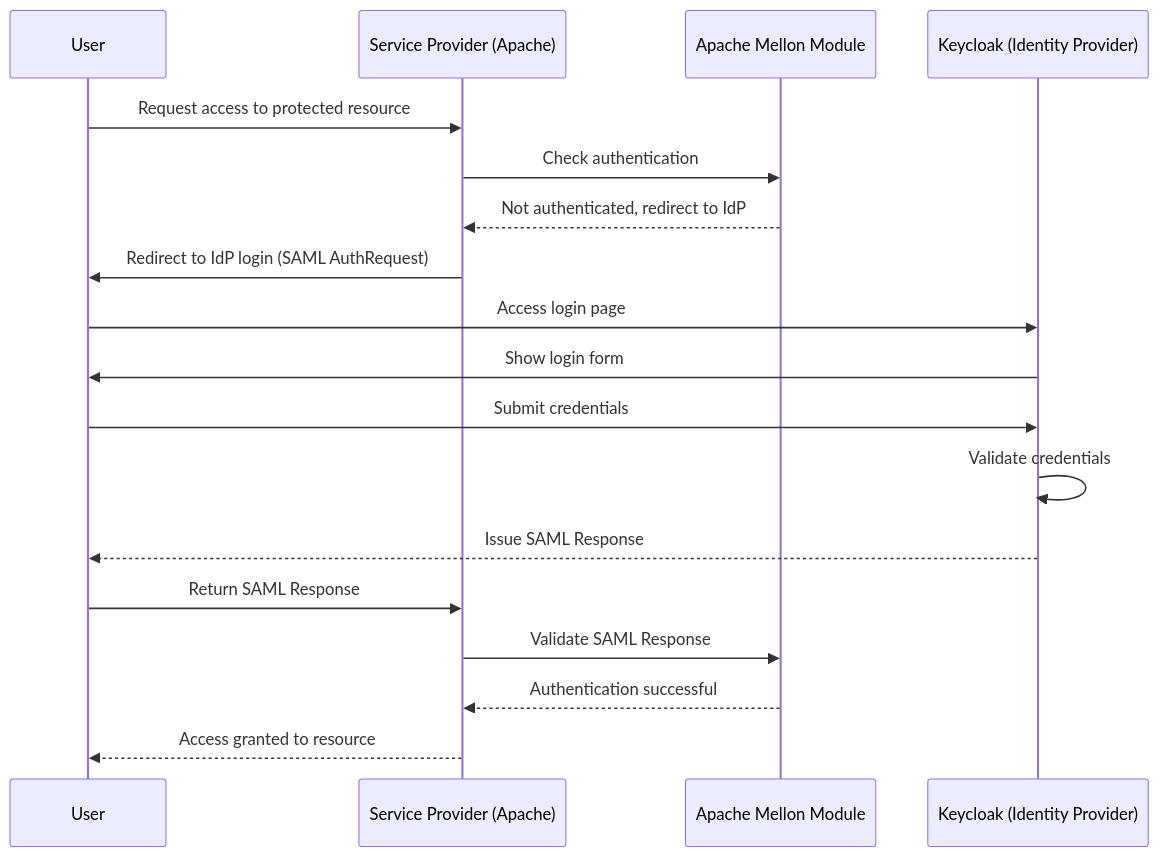
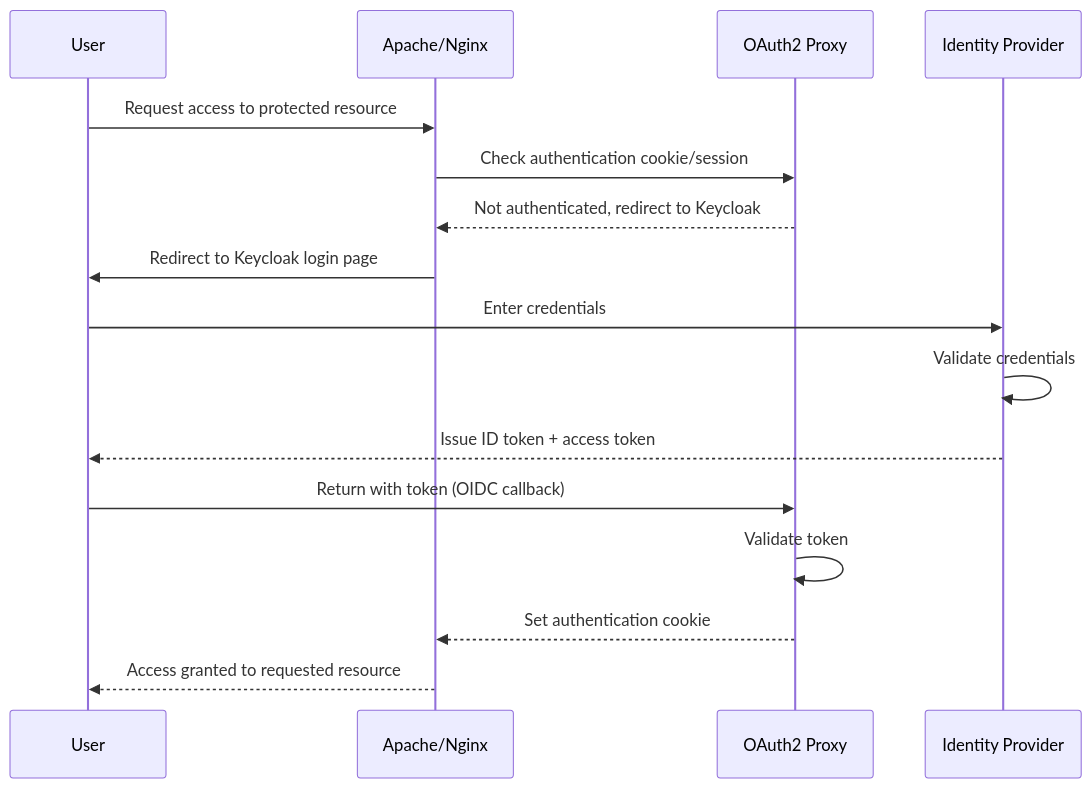
The first of 2 diagrams in openid/README.md (pavbjj/sso-labs), drawn with Mermaid before and after one commit. The commit also changed other lines of this file, not shown here.

````diff
--- a/openid/README.md
+++ b/openid/README.md
@@ -2,21 +2,19 @@
 ``` mermaid
 sequenceDiagram
     participant User
-    participant SP as Service Provider (Apache)
-    participant Mellon as Apache Mellon Module
-    participant IdP as Keycloak (Identity Provider)
+    participant Apache as Apache/Nginx
+    participant OAuth2 as OAuth2 Proxy
+    participant Keycloak as Identity Provider
 
-    User->>SP: Request access to protected resource
-    SP->>Mellon: Check authentication
-    Mellon-->>SP: Not authenticated, redirect to IdP
-    SP->>User: Redirect to IdP login (SAML AuthRequest)
-    User->>IdP: Access login page
-    IdP->>User: Show login form
-    User->>IdP: Submit credentials
-    IdP->>IdP: Validate credentials
-    IdP-->>User: Issue SAML Response
-    User->>SP: Return SAML Response
-    SP->>Mellon: Validate SAML Response
-    Mellon-->>SP: Authentication successful
-    SP-->>User: Access granted to resource
+    User->>Apache: Request access to protected resource
+    Apache->>OAuth2: Check authentication cookie/session
+    OAuth2-->>Apache: Not authenticated, redirect to Keycloak
+    Apache->>User: Redirect to Keycloak login page
+    User->>Keycloak: Enter credentials
+    Keycloak->>Keycloak: Validate credentials
+    Keycloak-->>User: Issue ID token + access token
+    User->>OAuth2: Return with token (OIDC callback)
+    OAuth2->>OAuth2: Validate token
+    OAuth2-->>Apache: Set authentication cookie
+    Apache-->>User: Access granted to requested resource
 ```
````
